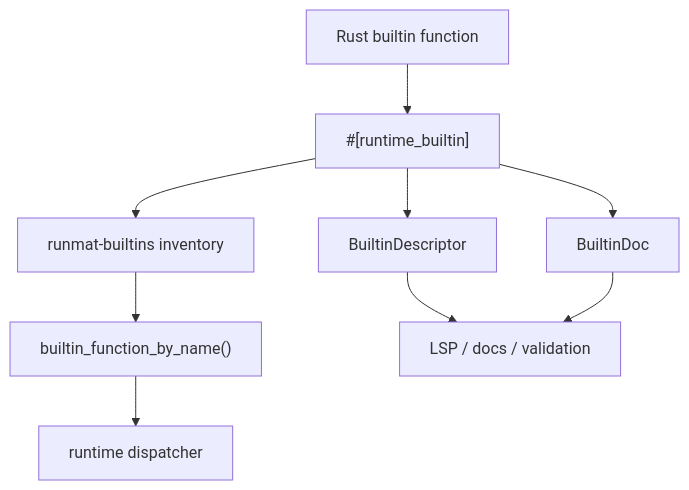
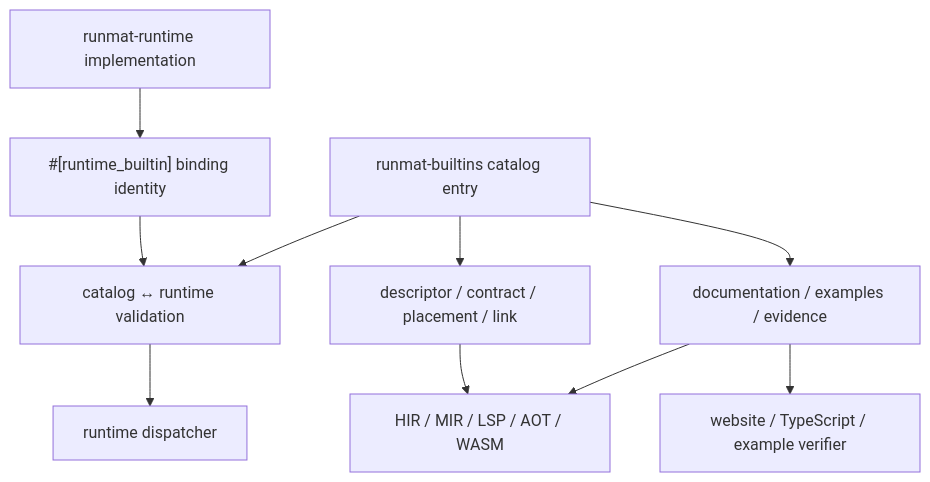
One commit to runmat-org/runmat changed the diagram in docs/builtins/authoring.md. Above: the diagram before and after it, drawn with Mermaid. The commit also changed other lines of this file and 32 other files, not shown here.

Commit message:
RM-1064: centralize builtin documentation contracts

````diff
--- a/docs/builtins/authoring.md
+++ b/docs/builtins/authoring.md
@@ -7,16 +7,18 @@
 ```mermaid
 flowchart TD
-  Rust["Rust builtin function"]
-  Macro["#[runtime_builtin]"]
-  Inventory["runmat-builtins inventory"]
-  Lookup["builtin_function_by_name()"]
+  Catalog["runmat-builtins catalog entry"]
+  Contract["descriptor / contract / placement / link"]
+  Docs["documentation / examples / evidence"]
+  Static["HIR / MIR / LSP / AOT / WASM"]
+  Rust["runmat-runtime implementation"]
+  Binding["#[runtime_builtin] binding identity"]
+  Validation["catalog ↔ runtime validation"]
   Runtime["runtime dispatcher"]
-  Descriptor["BuiltinDescriptor"]
-  Docs["BuiltinDoc"]
-  Tooling["LSP / docs / validation"]
+  Products["website / TypeScript / example verifier"]
 
-  Rust --> Macro
-  Macro --> Inventory --> Lookup --> Runtime
-  Macro --> Descriptor --> Tooling
-  Macro --> Docs --> Tooling
+  Catalog --> Contract --> Static
+  Catalog --> Docs --> Static
+  Docs --> Products
+  Rust --> Binding --> Validation
+  Catalog --> Validation --> Runtime
 ```
````
